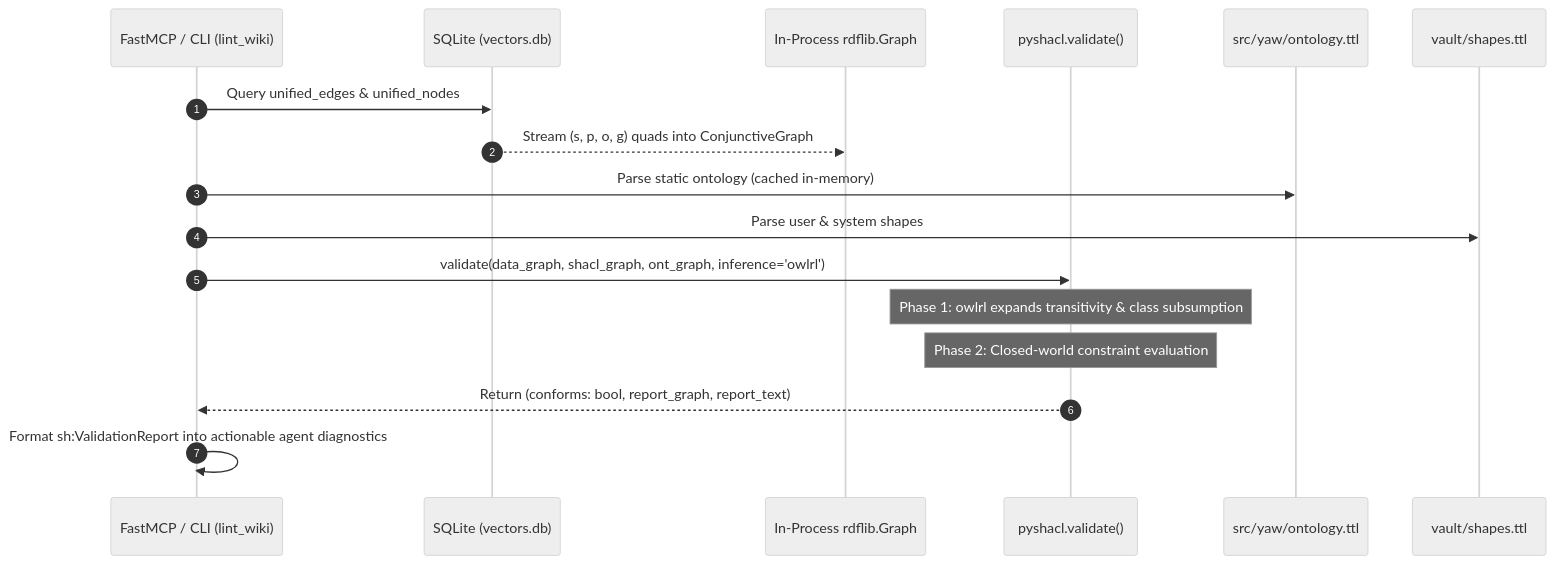
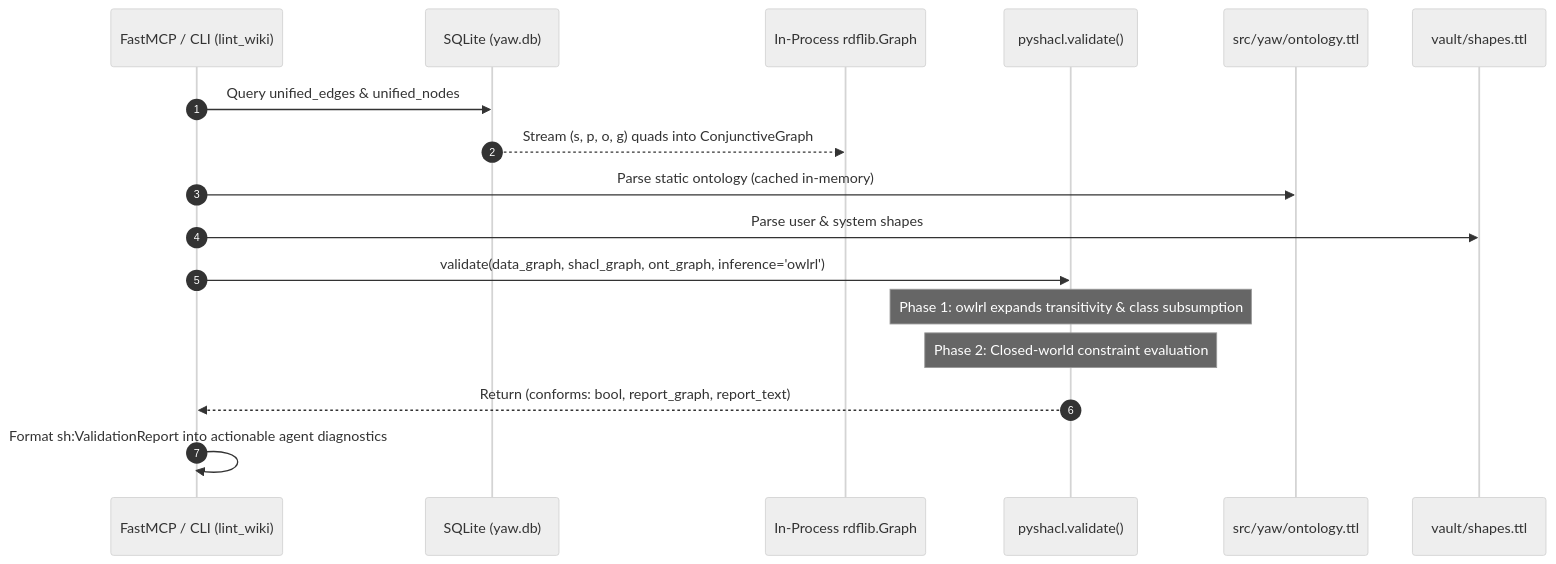
One commit to negatrait/yaw changed the second of 4 diagrams in docs/rdf-owl-shacl.md. Above: the diagram before and after it, drawn with Mermaid (neutral theme). The commit also changed other lines of this file and 34 other files, not shown here.

````diff
--- a/docs/rdf-owl-shacl.md
+++ b/docs/rdf-owl-shacl.md
@@ -129,20 +129,20 @@
 ```mermaid
 sequenceDiagram
     autonumber
     participant CLI as FastMCP / CLI (lint_wiki)
-    participant DB as SQLite (vectors.db)
+    participant DB as SQLite (yaw.db)
     participant RDF as In-Process rdflib.Graph
     participant Engine as pyshacl.validate()
     participant OWL as src/yaw/ontology.ttl
     participant SHACL as vault/shapes.ttl
 
     CLI->>DB: Query unified_edges & unified_nodes
     DB-->>RDF: Stream (s, p, o, g) quads into ConjunctiveGraph
     CLI->>OWL: Parse static ontology (cached in-memory)
     CLI->>SHACL: Parse user & system shapes
     CLI->>Engine: validate(data_graph, shacl_graph, ont_graph, inference='owlrl')
     Note over Engine: Phase 1: owlrl expands transitivity & class subsumption
     Note over Engine: Phase 2: Closed-world constraint evaluation
     Engine-->>CLI: Return (conforms: bool, report_graph, report_text)
     CLI->>CLI: Format sh:ValidationReport into actionable agent diagnostics
 ```
````
